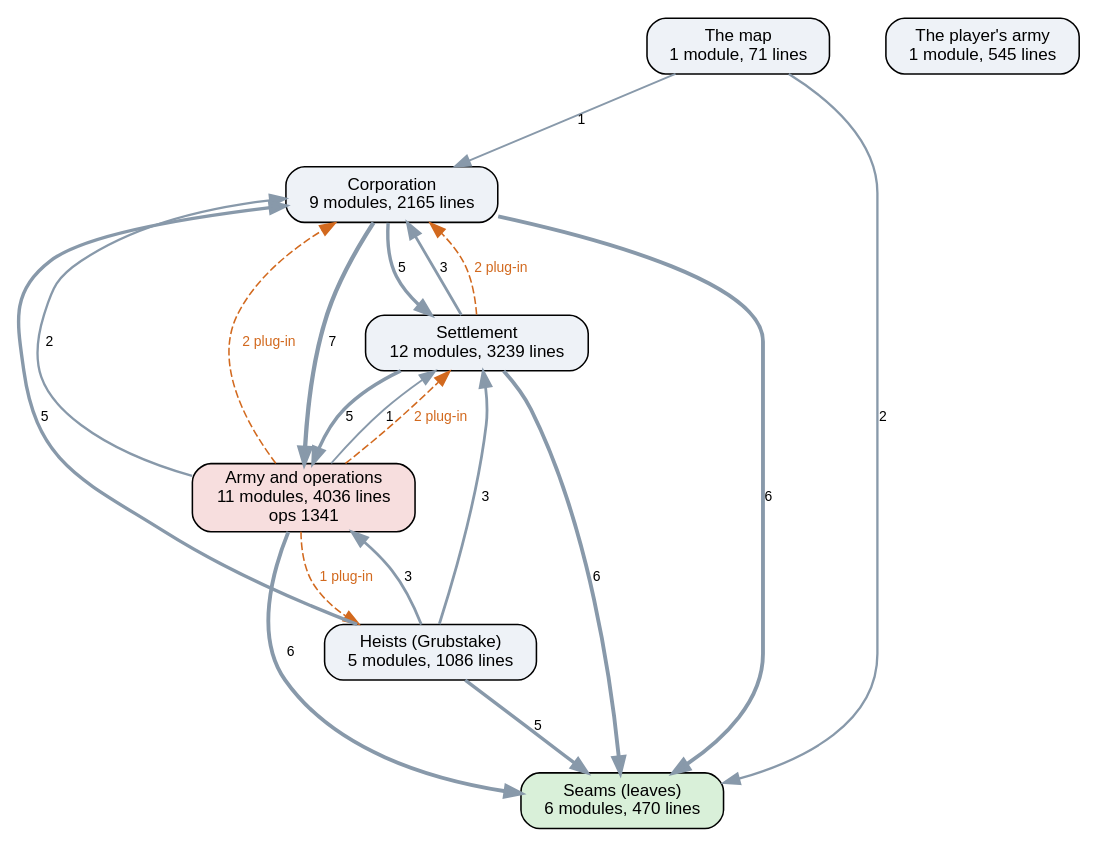
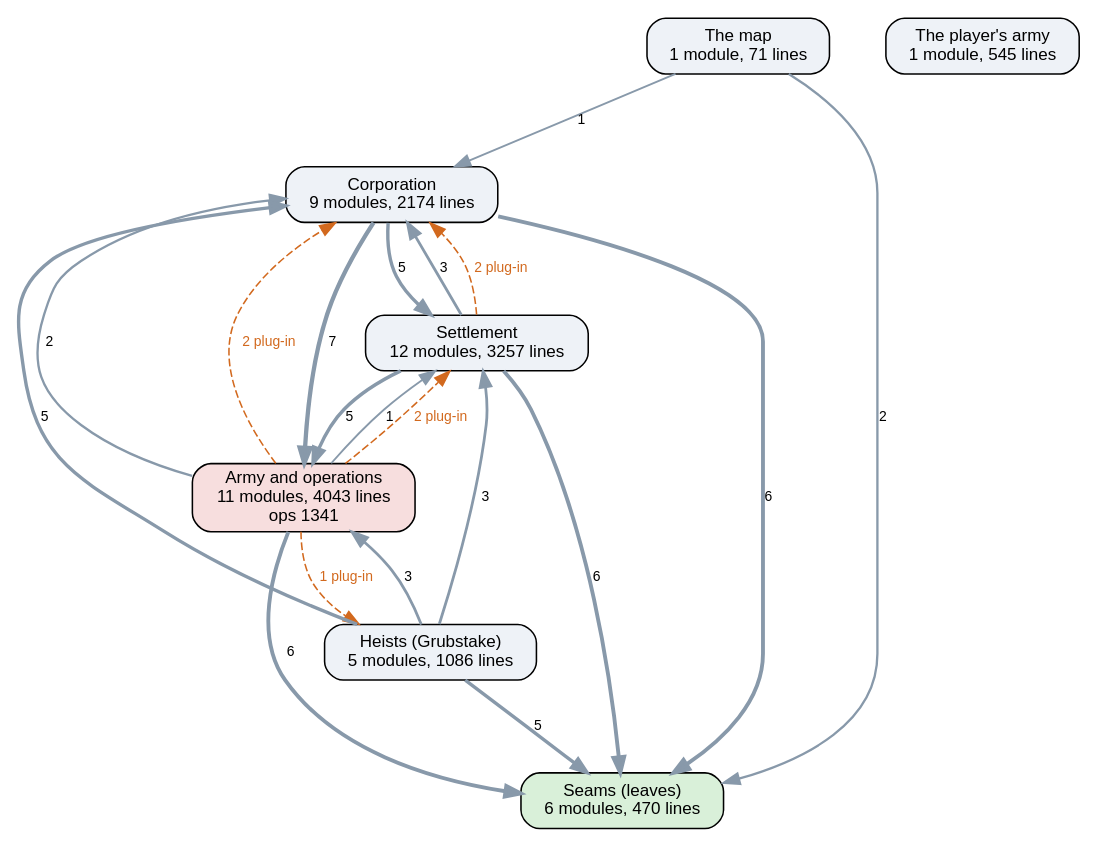
One commit to kinelhu/landing-party changed the diagram in docs/ai-layers.dot. Above: the diagram before and after it, drawn with Graphviz. The commit also changed 13 other files, not shown here.

```diff
--- a/docs/ai-layers.dot
+++ b/docs/ai-layers.dot
@@ -1,31 +1,31 @@
 digraph layers {
   graph [rankdir=TB, fontname="Helvetica", nodesep=0.5, ranksep=0.7];
   node [shape=box, style="rounded,filled", fontname="Helvetica", fontsize=11, fillcolor="#eef2f7"];
   edge [color="#8899aa", fontname="Helvetica", fontsize=9];
   "Seams (leaves)" [label="Seams (leaves)\n6 modules, 470 lines", fillcolor="#d9f0d9"];
-  "Corporation" [label="Corporation\n9 modules, 2165 lines", fillcolor="#eef2f7"];
-  "Settlement" [label="Settlement\n12 modules, 3239 lines", fillcolor="#eef2f7"];
-  "Army and operations" [label="Army and operations\n11 modules, 4036 lines\nops 1341", fillcolor="#f7dede"];
+  "Corporation" [label="Corporation\n9 modules, 2174 lines", fillcolor="#eef2f7"];
+  "Settlement" [label="Settlement\n12 modules, 3257 lines", fillcolor="#eef2f7"];
+  "Army and operations" [label="Army and operations\n11 modules, 4043 lines\nops 1341", fillcolor="#f7dede"];
   "Heists (Grubstake)" [label="Heists (Grubstake)\n5 modules, 1086 lines", fillcolor="#eef2f7"];
   "The map" [label="The map\n1 module, 71 lines", fillcolor="#eef2f7"];
   "The player's army" [label="The player's army\n1 module, 545 lines", fillcolor="#eef2f7"];
   "Army and operations" -> "Corporation" [label="2", penwidth=1.5];
   "Army and operations" -> "Seams (leaves)" [label="6", penwidth=2.5];
   "Army and operations" -> "Settlement" [label="1", penwidth=1.2];
   "Corporation" -> "Army and operations" [label="7", penwidth=2.8];
   "Corporation" -> "Seams (leaves)" [label="6", penwidth=2.5];
   "Corporation" -> "Settlement" [label="5", penwidth=2.2];
   "Heists (Grubstake)" -> "Army and operations" [label="3", penwidth=1.8];
   "Heists (Grubstake)" -> "Corporation" [label="5", penwidth=2.2];
   "Heists (Grubstake)" -> "Seams (leaves)" [label="5", penwidth=2.2];
   "Heists (Grubstake)" -> "Settlement" [label="3", penwidth=1.8];
   "Settlement" -> "Army and operations" [label="5", penwidth=2.2];
   "Settlement" -> "Corporation" [label="3", penwidth=1.8];
   "Settlement" -> "Seams (leaves)" [label="6", penwidth=2.5];
   "The map" -> "Corporation" [label="1", penwidth=1.2];
   "The map" -> "Seams (leaves)" [label="2", penwidth=1.5];
   "Army and operations" -> "Corporation" [style=dashed, color="#d2691e", fontcolor="#d2691e", label="2 plug-in"];
   "Army and operations" -> "Heists (Grubstake)" [style=dashed, color="#d2691e", fontcolor="#d2691e", label="1 plug-in"];
   "Army and operations" -> "Settlement" [style=dashed, color="#d2691e", fontcolor="#d2691e", label="2 plug-in"];
   "Settlement" -> "Corporation" [style=dashed, color="#d2691e", fontcolor="#d2691e", label="2 plug-in"];
 }
```
